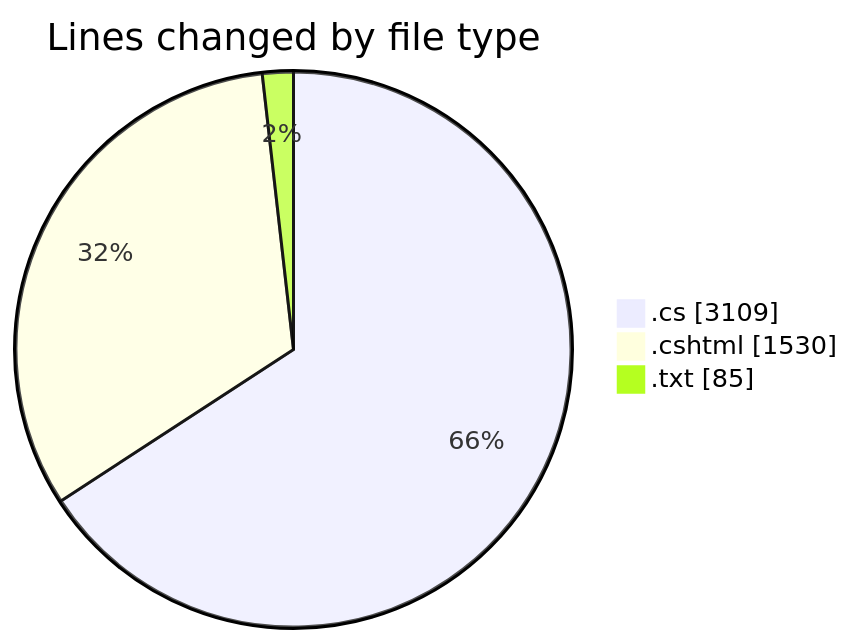
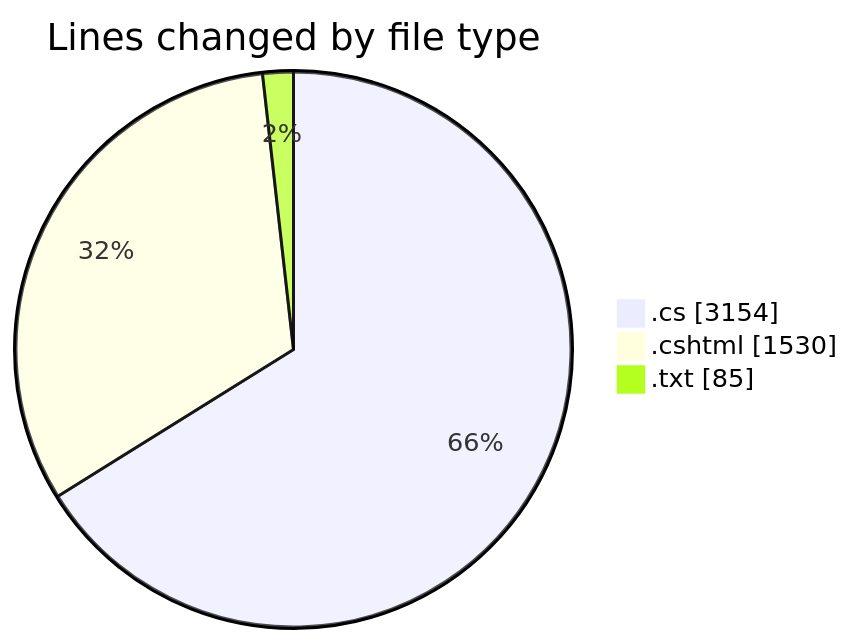
The first of 2 diagrams in 2025-07-28/quanlyrapchieuphim-1/README.md (lephambinh05/code-tracking), drawn with Mermaid before and after one commit. The commit also changed other lines of this file and 1 other file, not shown here.

````diff
--- a/2025-07-28/quanlyrapchieuphim-1/README.md
+++ b/2025-07-28/quanlyrapchieuphim-1/README.md
@@ -32,7 +33,7 @@
 ```mermaid
 pie showData
 title Lines changed by file type
-".cs" : 3109
+".cs" : 3154
 ".cshtml" : 1530
 ".txt" : 85
 ```
````
